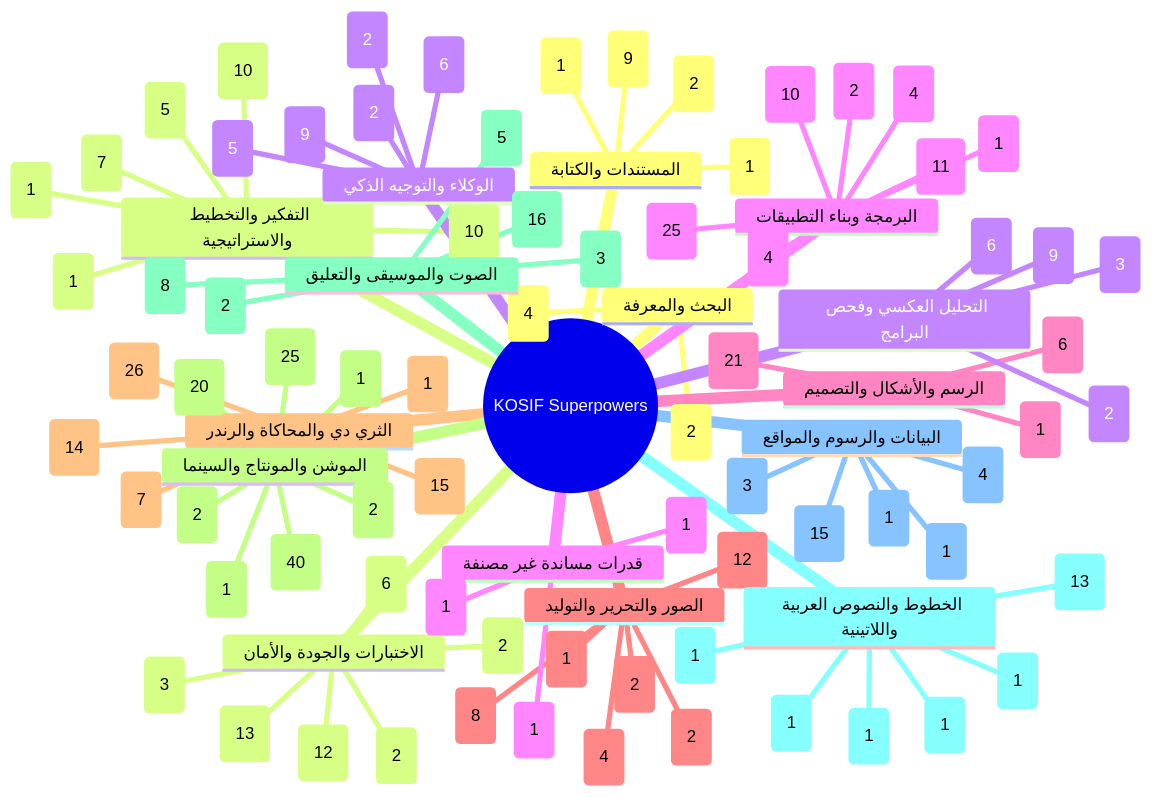
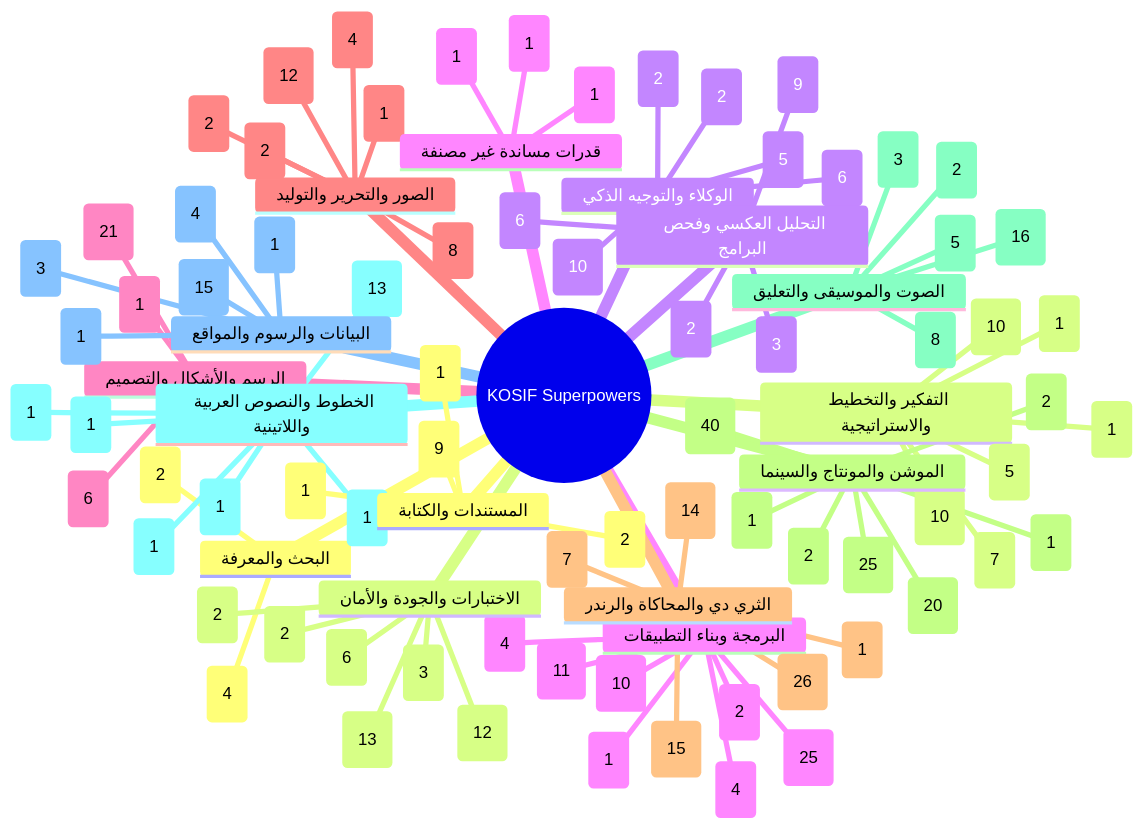
One commit to kosif199022-jpg/kosif-tool changed the first of 13 diagrams in .claude/skills/kosif-superpowers/references/capability-mindmap.md. Above: the diagram before and after it, drawn with Mermaid. The commit also changed other lines of this file and 57 other files, not shown here.

```diff
--- a/.claude/skills/kosif-superpowers/references/capability-mindmap.md
+++ b/.claude/skills/kosif-superpowers/references/capability-mindmap.md
@@ -42,7 +42,7 @@
     الوكلاء والتوجيه الذكي
       افهم المادة (6)
       خطّط وقرّر (5)
-      اصنع (9)
+      اصنع (10)
       جمّع وارندر (2)
       تحقّق (2)
     البرمجة وبناء التطبيقات
```
